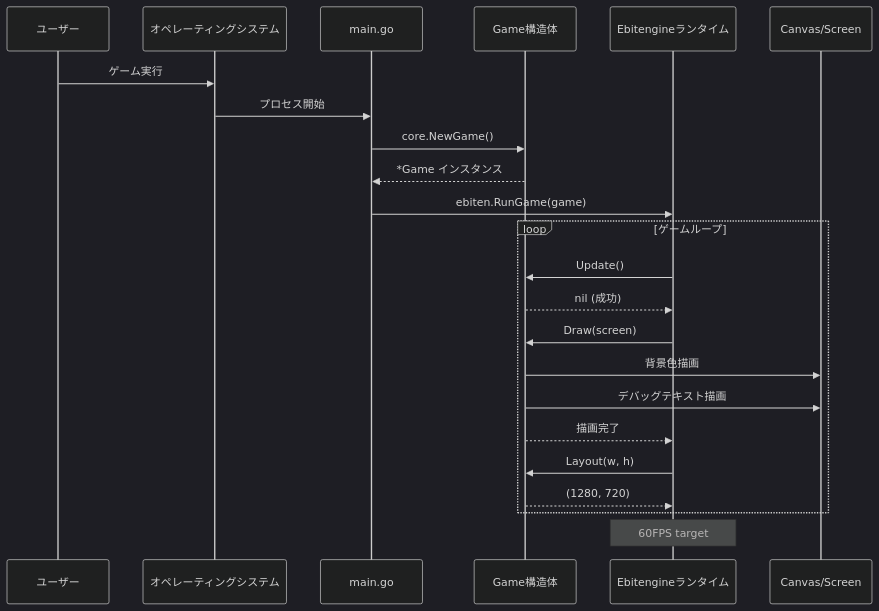
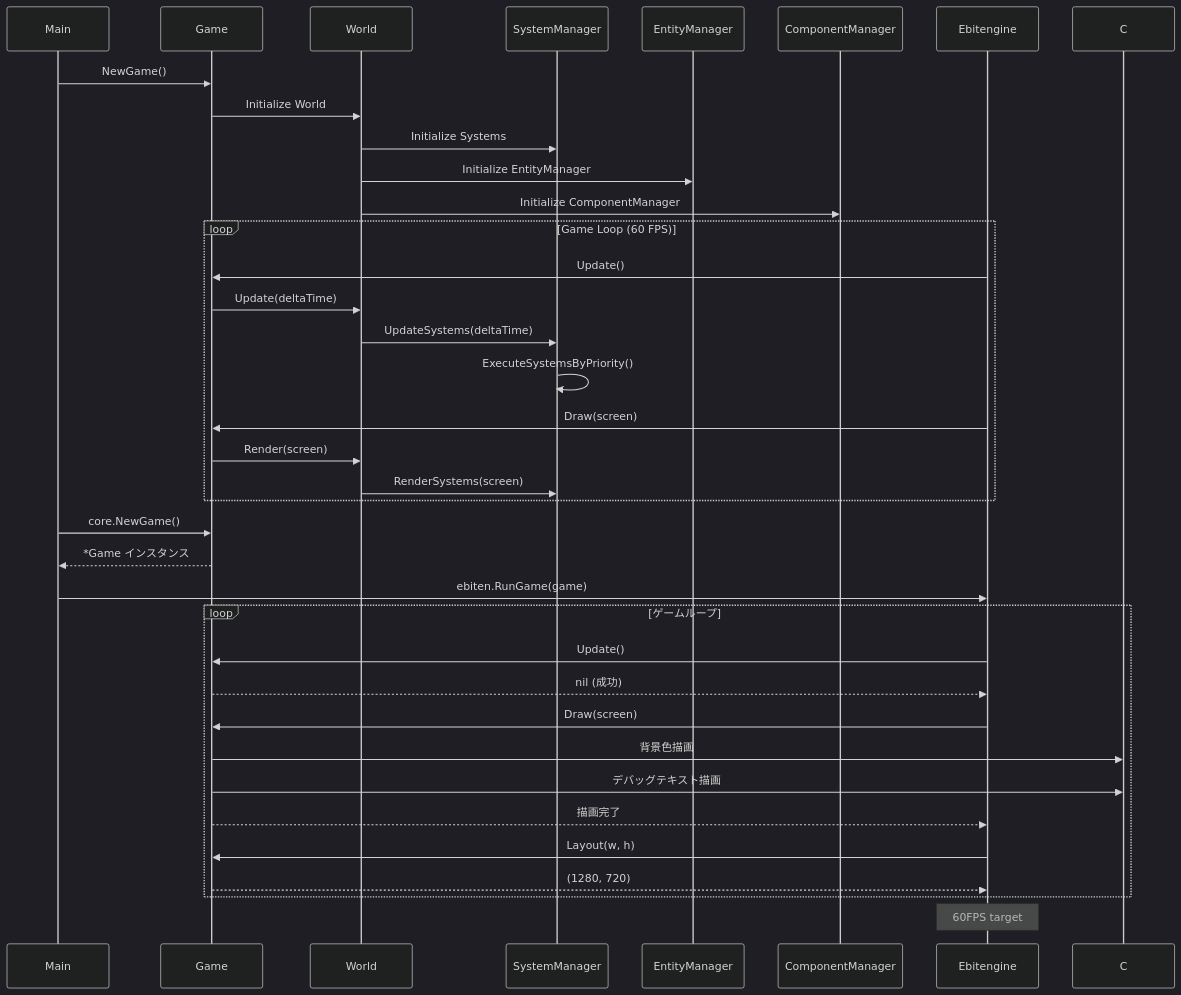
The first of 16 diagrams in docs/reverse/muscle-dreamer-dataflow.md (totodo713/vamplite), drawn with Mermaid (dark theme) before and after one commit. The commit also changed other lines of this file and 8 other files, not shown here.

````diff
--- a/docs/reverse/muscle-dreamer-dataflow.md
+++ b/docs/reverse/muscle-dreamer-dataflow.md
@@ -10,28 +14,43 @@
 ```mermaid
 sequenceDiagram
-    participant U as ユーザー
-    participant OS as オペレーティングシステム
-    participant M as main.go
-    participant G as Game構造体
-    participant E as Ebitengineランタイム
-    participant C as Canvas/Screen
+    participant M as Main
+    participant G as Game
+    participant W as World
+    participant SM as SystemManager
+    participant EM as EntityManager
+    participant CM as ComponentManager
+    participant E as Ebitengine
+
+    M->>G: NewGame()
+    G->>W: Initialize World
+    W->>SM: Initialize Systems
+    W->>EM: Initialize EntityManager
+    W->>CM: Initialize ComponentManager
     
-    U->>OS: ゲーム実行
-    OS->>M: プロセス開始
+    loop Game Loop (60 FPS)
+        E->>G: Update()
+        G->>W: Update(deltaTime)
+        W->>SM: UpdateSystems(deltaTime)
+        SM->>SM: ExecuteSystemsByPriority()
+        
+        E->>G: Draw(screen)
+        G->>W: Render(screen)
+        W->>SM: RenderSystems(screen)
+    end
     M->>G: core.NewGame()
     G-->>M: *Game インスタンス
     M->>E: ebiten.RunGame(game)
     
     loop ゲームループ
         E->>G: Update()
         G-->>E: nil (成功)
         E->>G: Draw(screen)
         G->>C: 背景色描画
         G->>C: デバッグテキスト描画
         G-->>E: 描画完了
         E->>G: Layout(w, h)
         G-->>E: (1280, 720)
     end
     
     Note over E: 60FPS target
 ```
````
